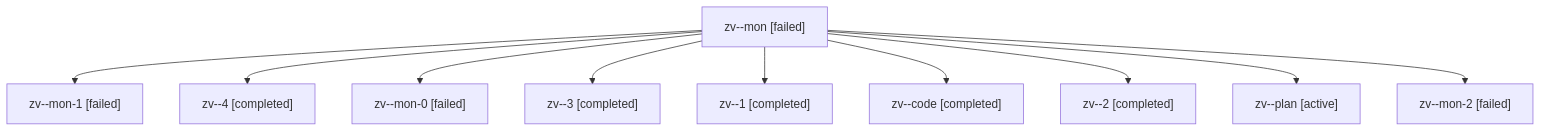
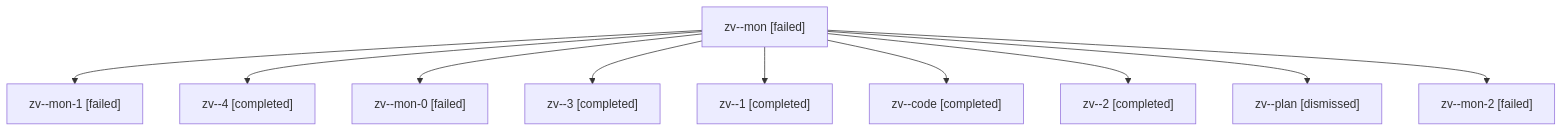
The diagram in sessions/bbugyi200.athena.zv.md (sase-org/sase--agents), drawn with Mermaid before and after one commit. The commit also changed other lines of this file and 17 other files, not shown here.

````diff
--- a/sessions/bbugyi200.athena.zv.md
+++ b/sessions/bbugyi200.athena.zv.md
@@ -9,22 +9,22 @@
 ```mermaid
 flowchart TD
   n0["zv--mon [failed]"]
   n1["zv--mon-1 [failed]"]
   n0 --> n1
   n2["zv--4 [completed]"]
   n0 --> n2
   n3["zv--mon-0 [failed]"]
   n0 --> n3
   n4["zv--3 [completed]"]
   n0 --> n4
   n5["zv--1 [completed]"]
   n0 --> n5
   n6["zv--code [completed]"]
   n0 --> n6
   n7["zv--2 [completed]"]
   n0 --> n7
-  n8["zv--plan [active]"]
+  n8["zv--plan [dismissed]"]
   n0 --> n8
   n9["zv--mon-2 [failed]"]
   n0 --> n9
 ```
````
